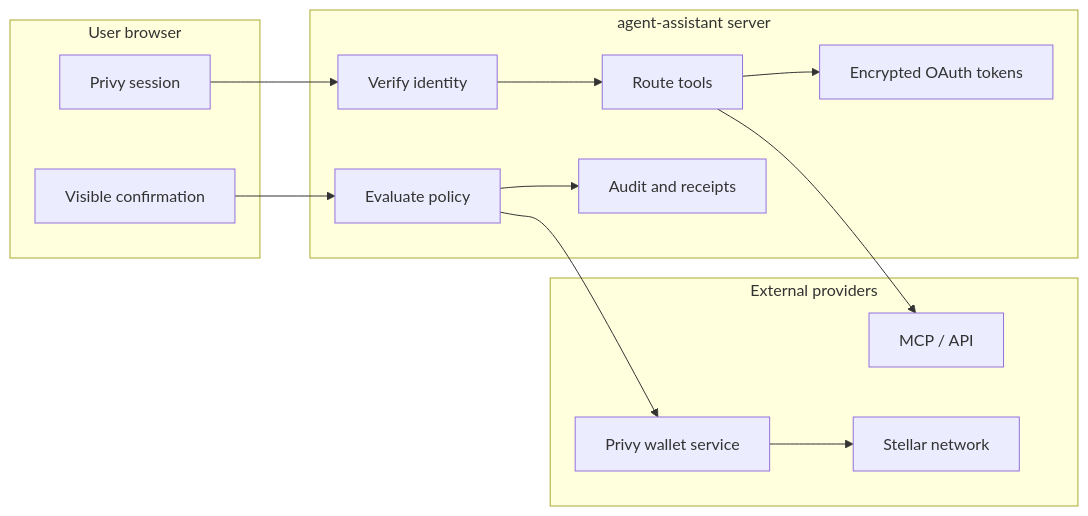
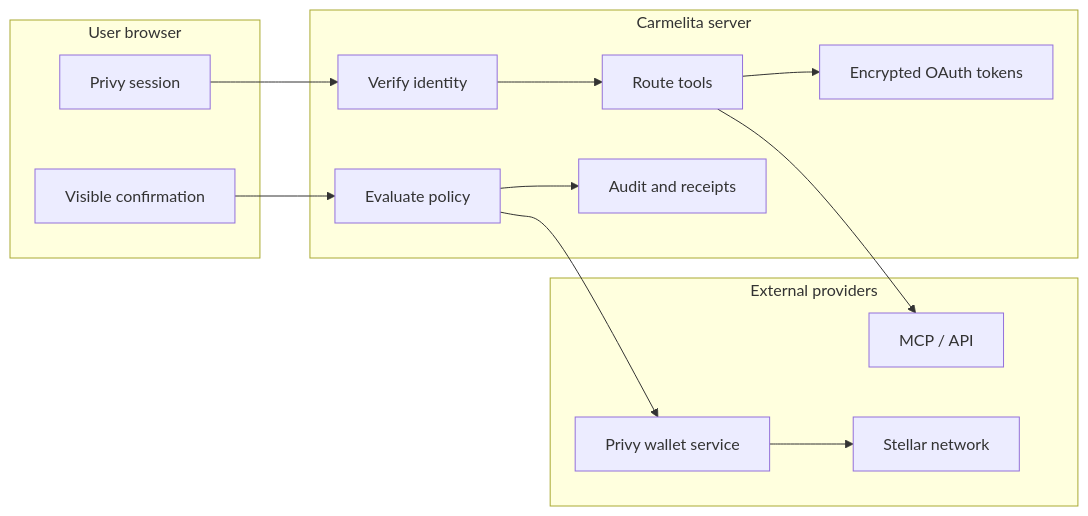
The second of 9 diagrams in docs/architecture.md (CaBsCrypto/agente-asistente), drawn with Mermaid before and after one commit. The commit also changed 65 other files, not shown here.

```diff
--- a/docs/architecture.md
+++ b/docs/architecture.md
@@ -32,27 +32,27 @@
 ~~~mermaid
 flowchart LR
     subgraph BROWSER["User browser"]
         SESSION["Privy session"]
         CONSENT["Visible confirmation"]
     end
-    subgraph SERVER["agent-assistant server"]
+    subgraph SERVER["Carmelita server"]
         VERIFY["Verify identity"]
         TOOLS["Route tools"]
         RULES["Evaluate policy"]
         TOKENS["Encrypted OAuth tokens"]
         AUDIT["Audit and receipts"]
     end
     subgraph PROVIDERS["External providers"]
         MCP["MCP / API"]
         WALLET["Privy wallet service"]
         NETWORK["Stellar network"]
     end
     SESSION --> VERIFY
     CONSENT --> RULES
     VERIFY --> TOOLS
     TOOLS --> MCP
     TOOLS --> TOKENS
     RULES --> WALLET
     WALLET --> NETWORK
     RULES --> AUDIT
 ~~~
```
